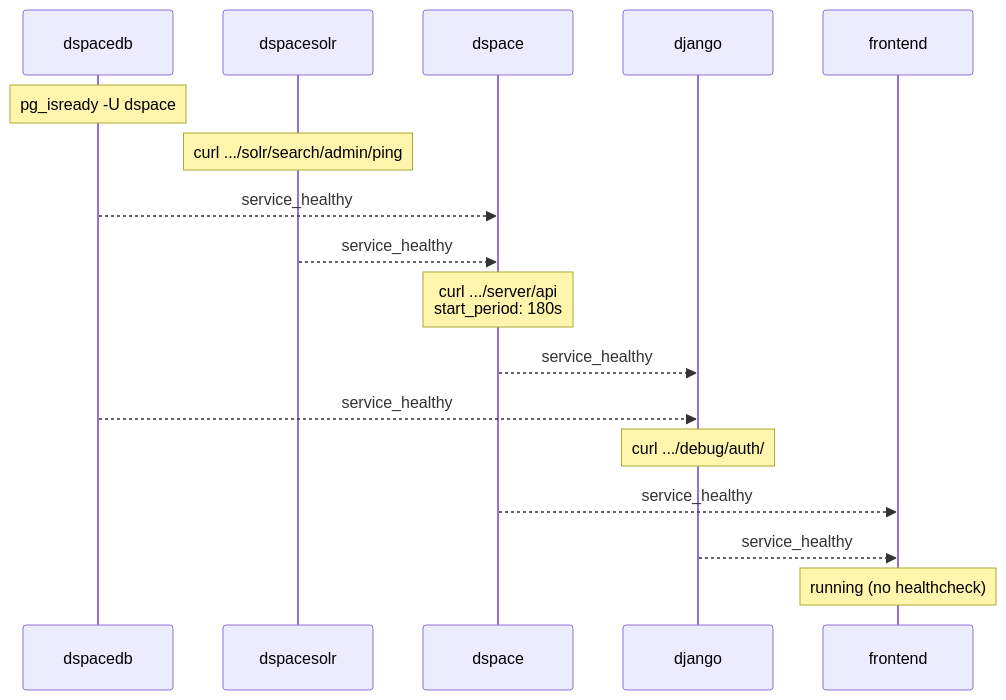
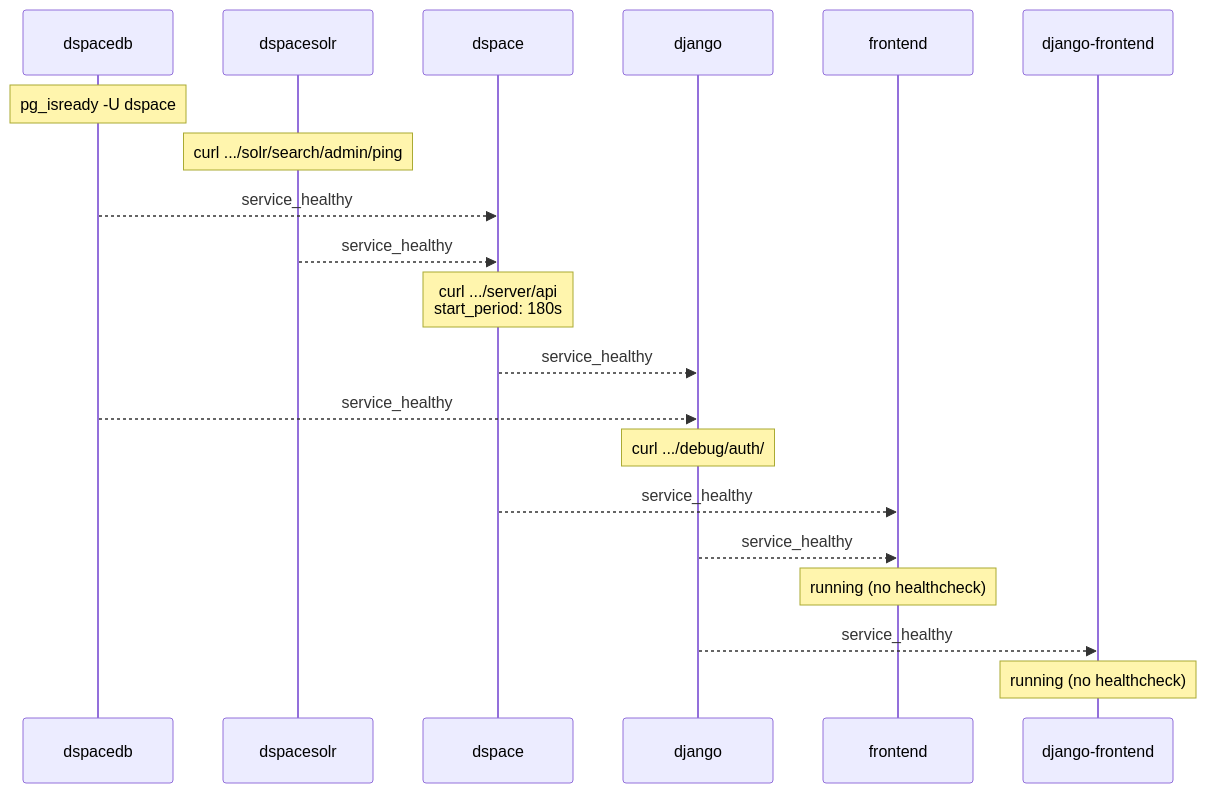
The second of 2 diagrams in ops/stack.md (sszepe/dspace-cris-cockpit-docu), drawn with Mermaid before and after one commit. The commit also changed other lines of this file and 3 other files, not shown here.

Commit message:
update ops docu on django-frontend

````diff
--- a/ops/stack.md
+++ b/ops/stack.md
@@ -49,20 +53,23 @@
 ```mermaid
 sequenceDiagram
     participant PG as dspacedb
     participant Solr as dspacesolr
     participant DS as dspace
     participant DJ as django
     participant FE as frontend
+    participant DJF as django-frontend
 
     Note over PG: pg_isready -U dspace
     Note over Solr: curl .../solr/search/admin/ping
     PG-->>DS: service_healthy
     Solr-->>DS: service_healthy
     Note over DS: curl .../server/api<br/>start_period: 180s
     DS-->>DJ: service_healthy
     PG-->>DJ: service_healthy
     Note over DJ: curl .../debug/auth/
     DS-->>FE: service_healthy
     DJ-->>FE: service_healthy
     Note over FE: running (no healthcheck)
+    DJ-->>DJF: service_healthy
+    Note over DJF: running (no healthcheck)
 ```
````
